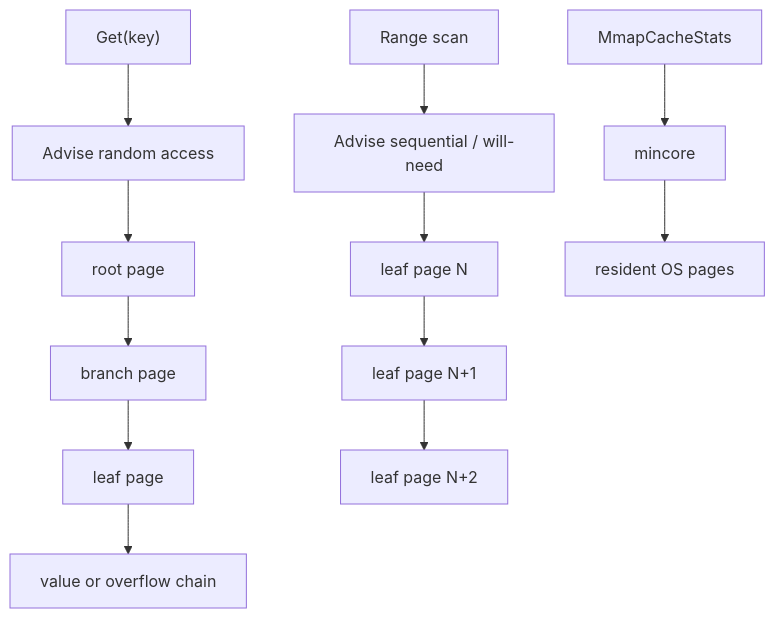
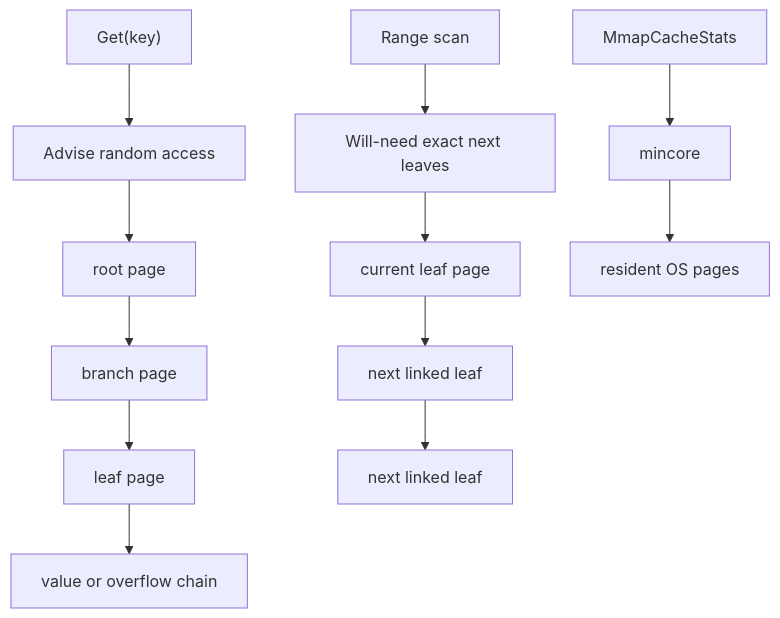
The third of 4 diagrams in docs/08-mmap-backed-pages.md (hadamrd/cow-btree-course), drawn with Mermaid before and after one commit. The commit also changed other lines of this file and 9 other files, not shown here.

Commit message:
feat: prefetch mmap leaf range scans

````diff
--- a/docs/08-mmap-backed-pages.md
+++ b/docs/08-mmap-backed-pages.md
@@ -87,16 +101,16 @@
 ```mermaid
 flowchart TD
     G["Get(key)"] --> A["Advise random access"]
     A --> R["root page"]
     R --> B["branch page"]
     B --> L["leaf page"]
     L --> V["value or overflow chain"]
 
-    S["Range scan"] --> Q["Advise sequential / will-need"]
-    Q --> P1["leaf page N"]
-    P1 --> P2["leaf page N+1"]
-    P2 --> P3["leaf page N+2"]
+    S["Range scan"] --> Q["Will-need exact next leaves"]
+    Q --> P1["current leaf page"]
+    P1 --> P2["next linked leaf"]
+    P2 --> P3["next linked leaf"]
 
     C["MmapCacheStats"] --> M["mincore"]
     M --> K["resident OS pages"]
 ```
````
